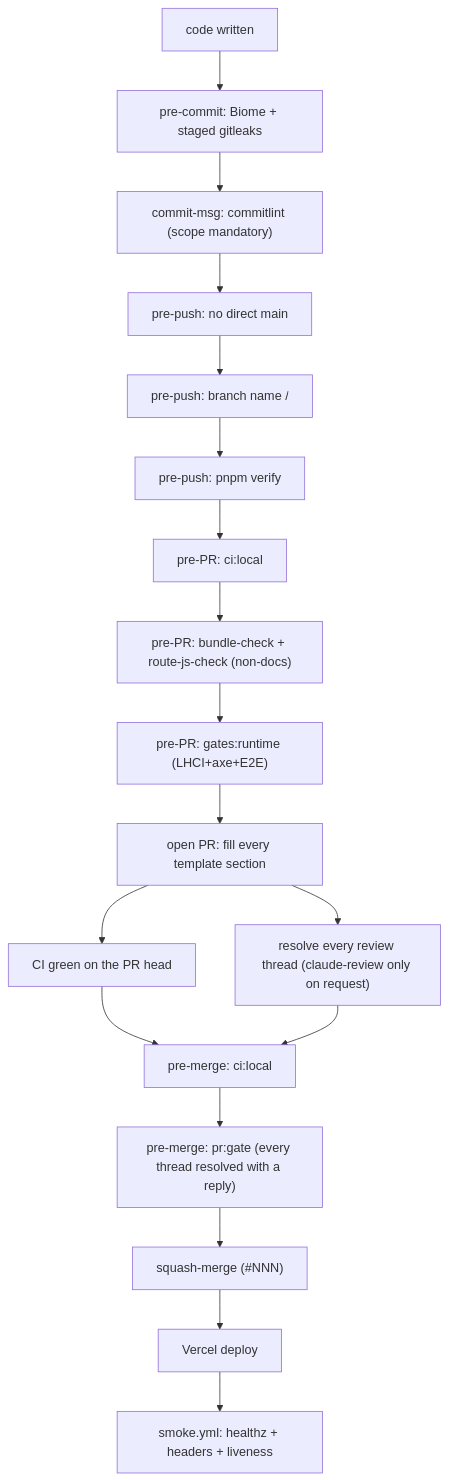
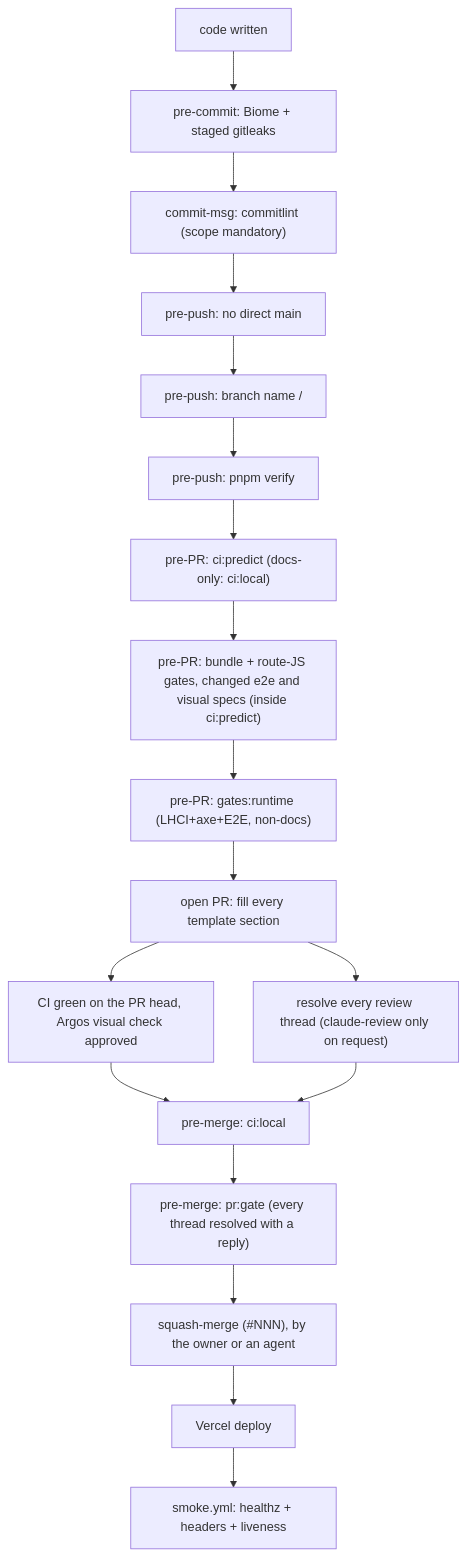
The first of 2 diagrams in docs/handbook/review-merge-release.md (erikunha/portfolio), drawn with Mermaid before and after one commit. The commit also changed other lines of this file and 15 other files, not shown here.

````diff
--- a/docs/handbook/review-merge-release.md
+++ b/docs/handbook/review-merge-release.md
@@ -7,20 +7,20 @@
 ```mermaid
 flowchart TD
     write["code written"] --> c1["pre-commit: Biome + staged gitleaks"]
     c1 --> c2["commit-msg: commitlint (scope mandatory)"]
     c2 --> p1["pre-push: no direct main"]
     p1 --> p2["pre-push: branch name <type>/<desc>"]
     p2 --> p5["pre-push: pnpm verify"]
-    p5 --> r1["pre-PR: ci:local"]
-    r1 --> r2["pre-PR: bundle-check + route-js-check (non-docs)"]
-    r2 --> r4["pre-PR: gates:runtime (LHCI+axe+E2E)"]
+    p5 --> r1["pre-PR: ci:predict (docs-only: ci:local)"]
+    r1 --> r2["pre-PR: bundle + route-JS gates, changed e2e and visual specs (inside ci:predict)"]
+    r2 --> r4["pre-PR: gates:runtime (LHCI+axe+E2E, non-docs)"]
     r4 --> o1["open PR: fill every template section"]
-    o1 --> o1b["CI green on the PR head"]
+    o1 --> o1b["CI green on the PR head, Argos visual check approved"]
     o1 --> o2["resolve every review thread (claude-review only on request)"]
     o1b --> m1["pre-merge: ci:local"]
     o2 --> m1
     m1 --> m4["pre-merge: pr:gate (every thread resolved with a reply)"]
-    m4 --> merge["squash-merge (#NNN)"]
+    m4 --> merge["squash-merge (#NNN), by the owner or an agent"]
     merge --> deploy["Vercel deploy"]
     deploy --> smoke["smoke.yml: healthz + headers + liveness"]
 ```
````
